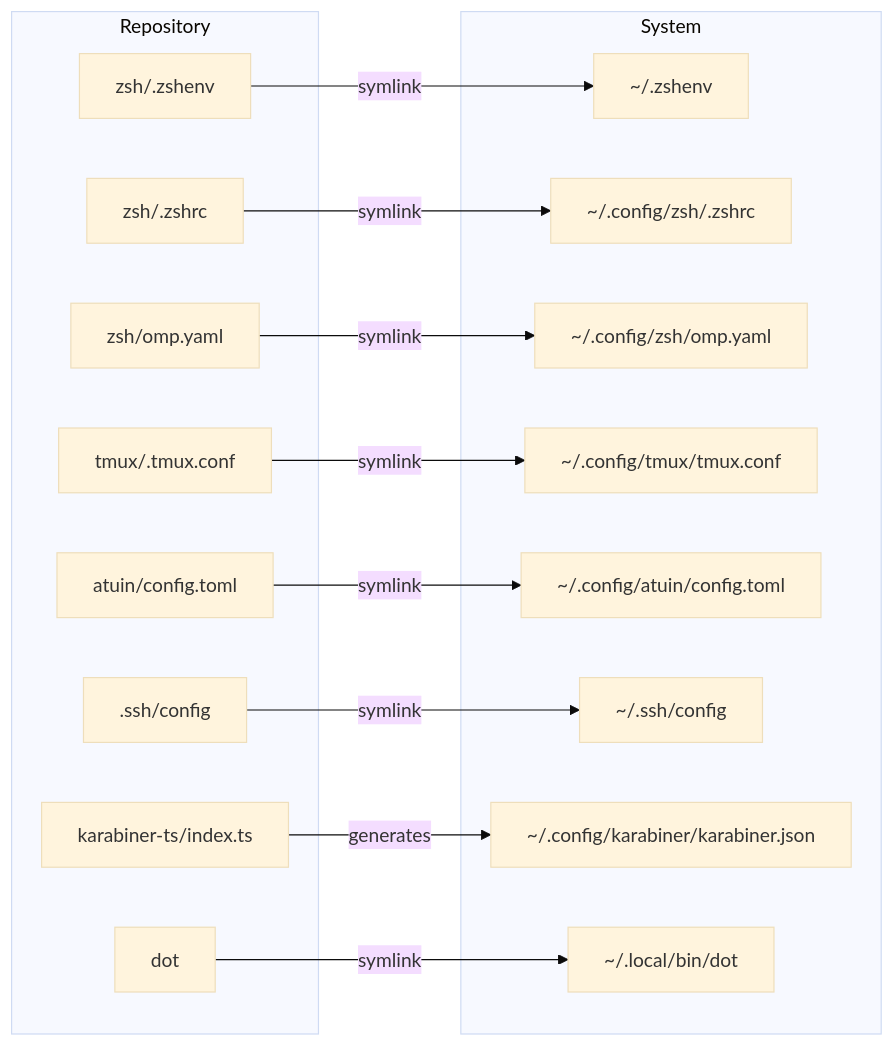
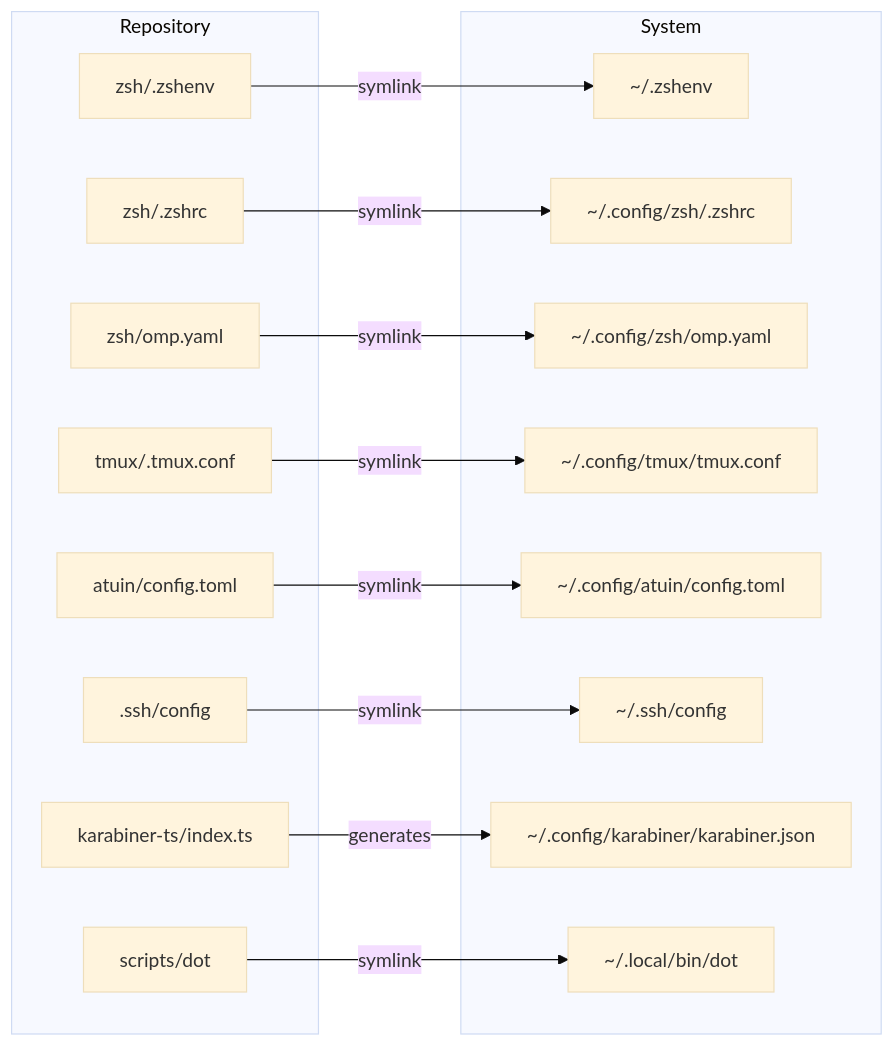
The first of 2 diagrams in README.md (kaygdotorg/dotfiles), drawn with Mermaid (base theme) before and after one commit. The commit also changed other lines of this file and 1 other file, not shown here.

Commit message:
Fix dot paths after moving script

````diff
--- a/README.md
+++ b/README.md
@@ -98,33 +98,33 @@
 ```mermaid
 graph LR
     subgraph Repository
         A["zsh/.zshenv"]
         B["zsh/.zshrc"]
         C["zsh/omp.yaml"]
         D["tmux/.tmux.conf"]
         E["atuin/config.toml"]
         F[".ssh/config"]
         G["karabiner-ts/index.ts"]
-        H["dot"]
+        H["scripts/dot"]
     end
 
     subgraph System
         A1["~/.zshenv"]
         B1["~/.config/zsh/.zshrc"]
         C1["~/.config/zsh/omp.yaml"]
         D1["~/.config/tmux/tmux.conf"]
         E1["~/.config/atuin/config.toml"]
         F1["~/.ssh/config"]
         G1["~/.config/karabiner/karabiner.json"]
         H1["~/.local/bin/dot"]
     end
 
     A -->|symlink| A1
     B -->|symlink| B1
     C -->|symlink| C1
     D -->|symlink| D1
     E -->|symlink| E1
     F -->|symlink| F1
     G -->|generates| G1
     H -->|symlink| H1
 ```
````
